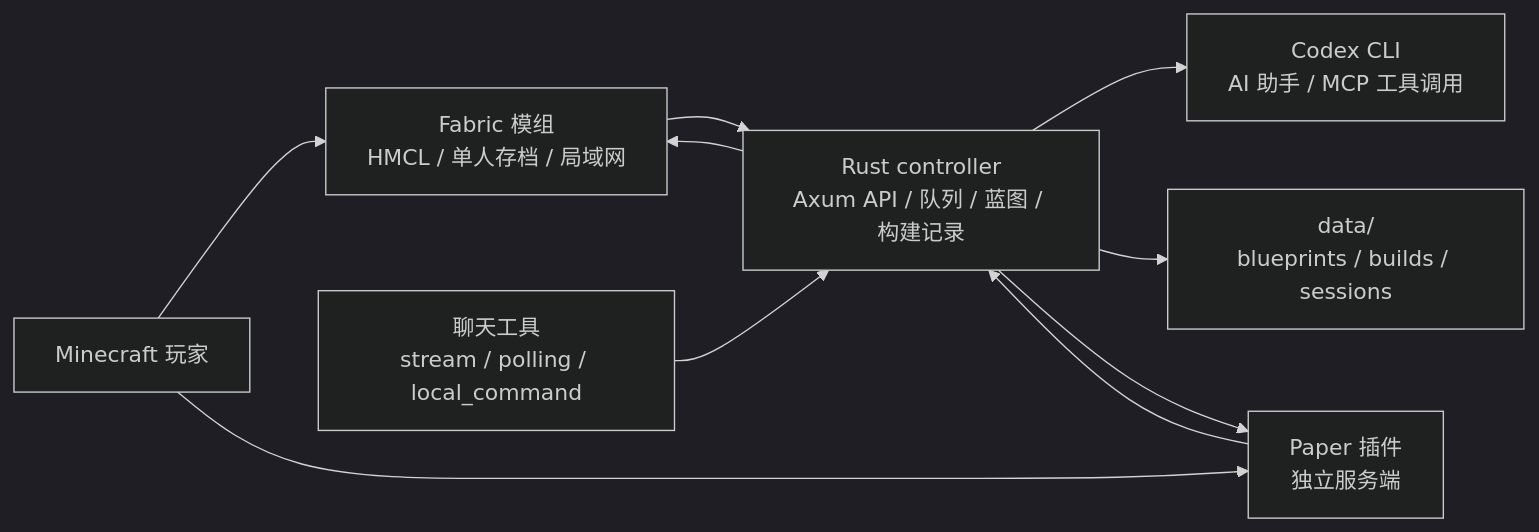
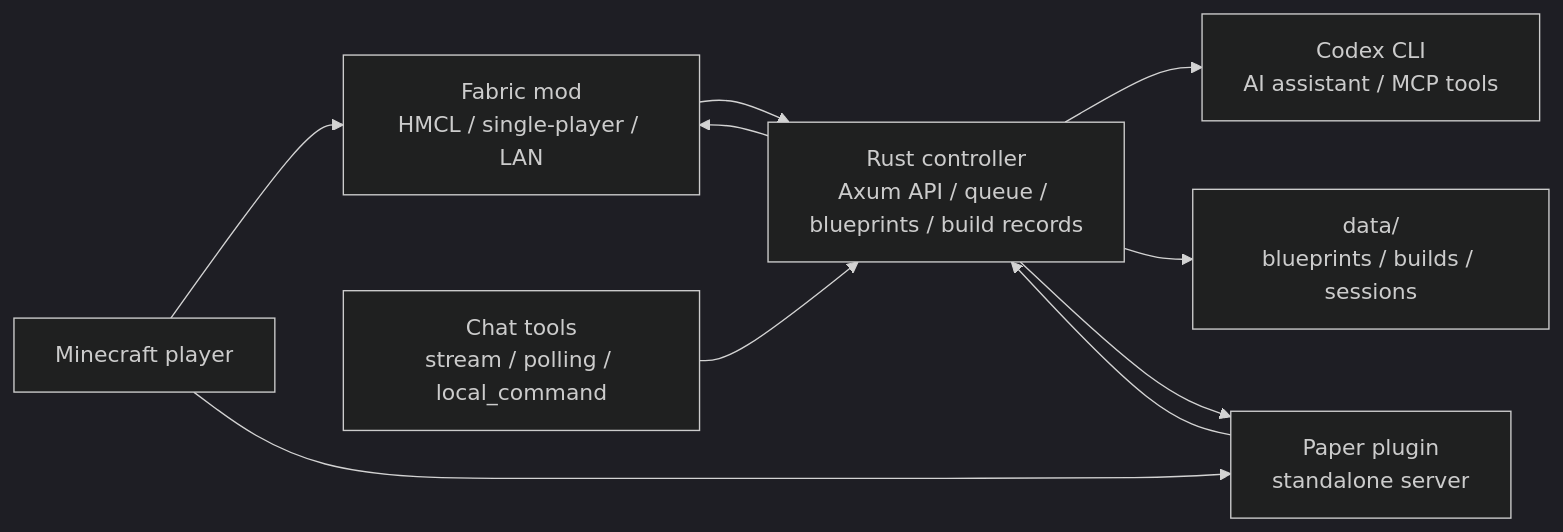
Before and after one commit to mari0w/blockwright: the diagram in README.md, drawn with Mermaid (dark theme). The commit also changed other lines of this file and 9 other files, not shown here.

````diff
--- a/README.md
+++ b/README.md
@@ -60,12 +60,12 @@
 ```mermaid
 flowchart LR
-    Player["Minecraft 玩家"] --> Fabric["Fabric 模组<br/>HMCL / 单人存档 / 局域网"]
-    Player --> Paper["Paper 插件<br/>独立服务端"]
-    Bot["聊天工具<br/>stream / polling / local_command"] --> Controller["Rust controller<br/>Axum API / 队列 / 蓝图 / 构建记录"]
+    Player["Minecraft player"] --> Fabric["Fabric mod<br/>HMCL / single-player / LAN"]
+    Player --> Paper["Paper plugin<br/>standalone server"]
+    Bot["Chat tools<br/>stream / polling / local_command"] --> Controller["Rust controller<br/>Axum API / queue / blueprints / build records"]
     Fabric --> Controller
     Paper --> Controller
-    Controller --> Codex["Codex CLI<br/>AI 助手 / MCP 工具调用"]
+    Controller --> Codex["Codex CLI<br/>AI assistant / MCP tools"]
     Controller --> Storage["data/<br/>blueprints / builds / sessions"]
     Controller --> Fabric
     Controller --> Paper
 ```
````
